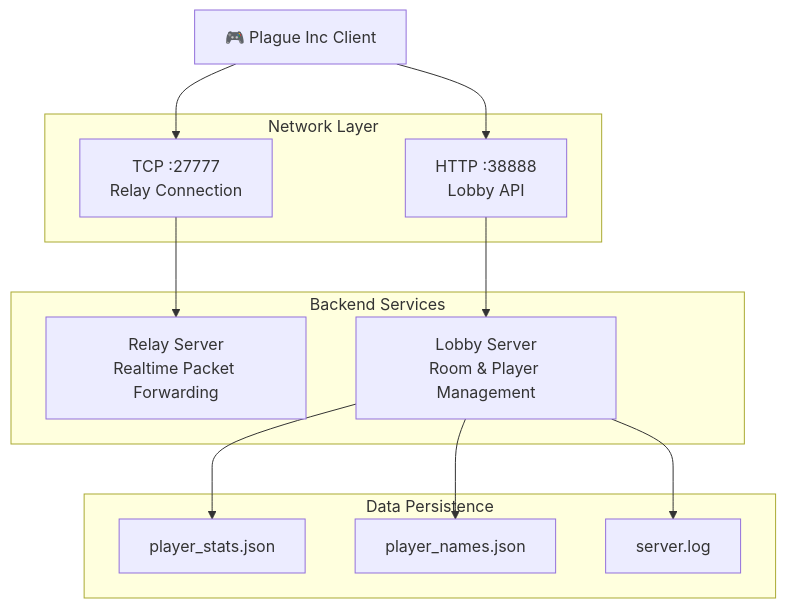
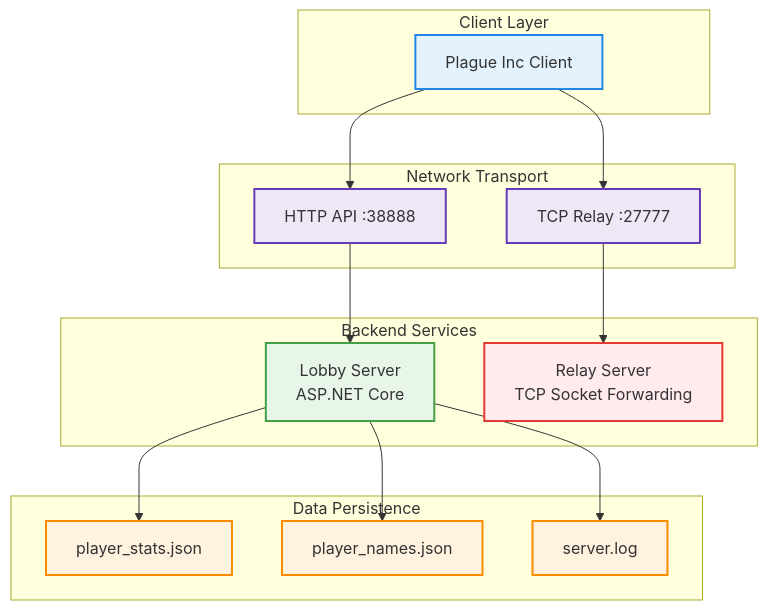
One commit to Shallowind/Plague-Lobby-Server changed the diagram in readme.md. Above: the diagram before and after it, drawn with Mermaid.

Commit message:
readme.md

````diff
--- a/readme.md
+++ b/readme.md
@@ -41,31 +41,66 @@
 ```mermaid
 flowchart TB
 
-    Client["🎮 Plague Inc Client"]
+%% =========================
+%% Style
+%% =========================
+classDef client fill:#e3f2fd,stroke:#1e88e5,stroke-width:2px
+classDef network fill:#ede7f6,stroke:#673ab7,stroke-width:2px
+classDef server fill:#e8f5e9,stroke:#43a047,stroke-width:2px
+classDef relay fill:#ffebee,stroke:#e53935,stroke-width:2px
+classDef storage fill:#fff3e0,stroke:#fb8c00,stroke-width:2px
 
-    subgraph Network["Network Layer"]
-        RelayPort["TCP :27777\nRelay Connection"]
-        LobbyPort["HTTP :38888\nLobby API"]
-    end
+%% =========================
+%% Client Layer
+%% =========================
+subgraph CLIENT["Client Layer"]
+    GAME["Plague Inc Client"]
+end
+class GAME client
 
-    subgraph Backend["Backend Services"]
-        Relay["Relay Server\nRealtime Packet Forwarding"]
-        Lobby["Lobby Server\nRoom & Player Management"]
-    end
+%% =========================
+%% Network Layer
+%% =========================
+subgraph NETWORK["Network Transport"]
+    HTTP["HTTP API :38888"]
+    TCP["TCP Relay :27777"]
+end
+class HTTP,TCP network
 
-    subgraph Storage["Data Persistence"]
-        Stats["player_stats.json"]
-        Names["player_names.json"]
-        Logs["server.log"]
-    end
+%% =========================
+%% Backend Services
+%% =========================
+subgraph BACKEND["Backend Services"]
+    LOBBY["Lobby Server
+ASP.NET Core"]
 
-    Client --> RelayPort
-    Client --> LobbyPort
+    RELAY["Relay Server
+TCP Socket Forwarding"]
+end
 
-    RelayPort --> Relay
-    LobbyPort --> Lobby
+class LOBBY server
+class RELAY relay
 
-    Lobby --> Stats
-    Lobby --> Names
-    Lobby --> Logs
+%% =========================
+%% Storage
+%% =========================
+subgraph STORAGE["Data Persistence"]
+    JSON1["player_stats.json"]
+    JSON2["player_names.json"]
+    LOG["server.log"]
+end
+class JSON1,JSON2,LOG storage
+
+%% =========================
+%% Flow
+%% =========================
+GAME --> HTTP
+GAME --> TCP
+
+HTTP --> LOBBY
+TCP --> RELAY
+
+LOBBY --> JSON1
+LOBBY --> JSON2
+LOBBY --> LOG
 ```
````
